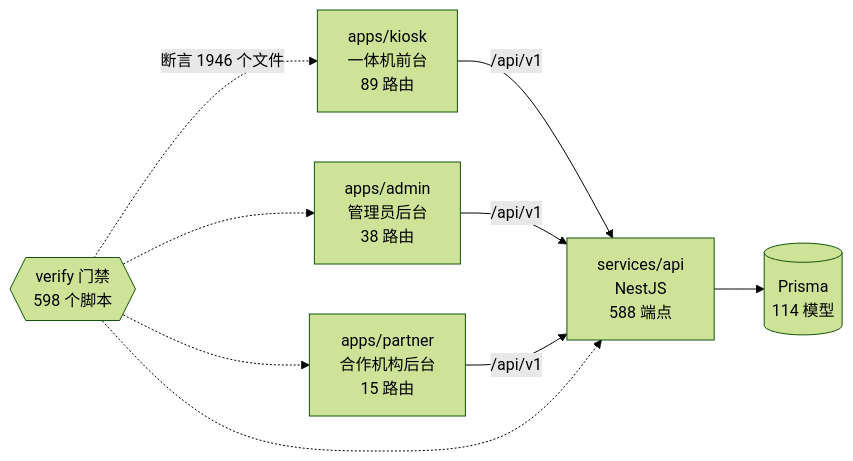
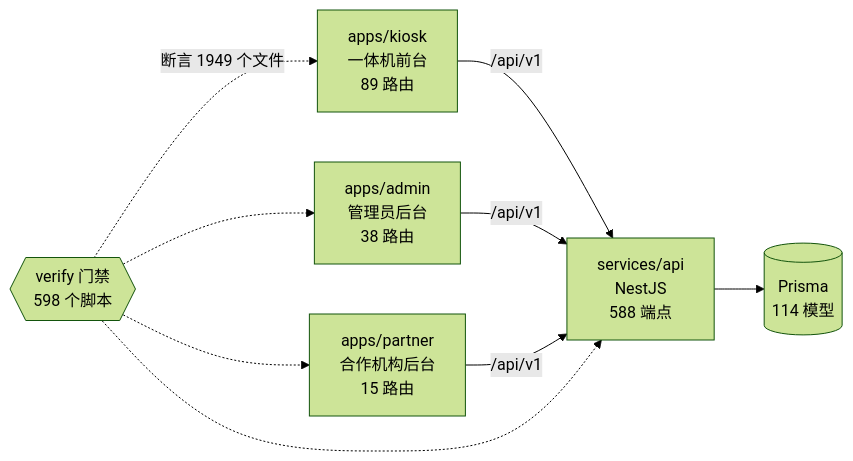
One commit to wanglei581/YITIJI changed the diagram in docs/graph/README.md. Above: the diagram before and after it, drawn with Mermaid (forest theme). The commit also changed other lines of this file and 27 other files, not shown here.

````diff
--- a/docs/graph/README.md
+++ b/docs/graph/README.md
@@ -68,18 +68,18 @@
 ```mermaid
 flowchart LR
   kiosk["apps/kiosk<br/>一体机前台<br/>89 路由"]
   admin["apps/admin<br/>管理员后台<br/>38 路由"]
   partner["apps/partner<br/>合作机构后台<br/>15 路由"]
   api["services/api<br/>NestJS<br/>588 端点"]
   db[("Prisma<br/>114 模型")]
   gates{{"verify 门禁<br/>598 个脚本"}}
 
   kiosk -->|"/api/v1"| api
   admin -->|"/api/v1"| api
   partner -->|"/api/v1"| api
   api --> db
-  gates -.->|"断言 1946 个文件"| kiosk
+  gates -.->|"断言 1949 个文件"| kiosk
   gates -.-> admin
   gates -.-> partner
   gates -.-> api
 ```
````
